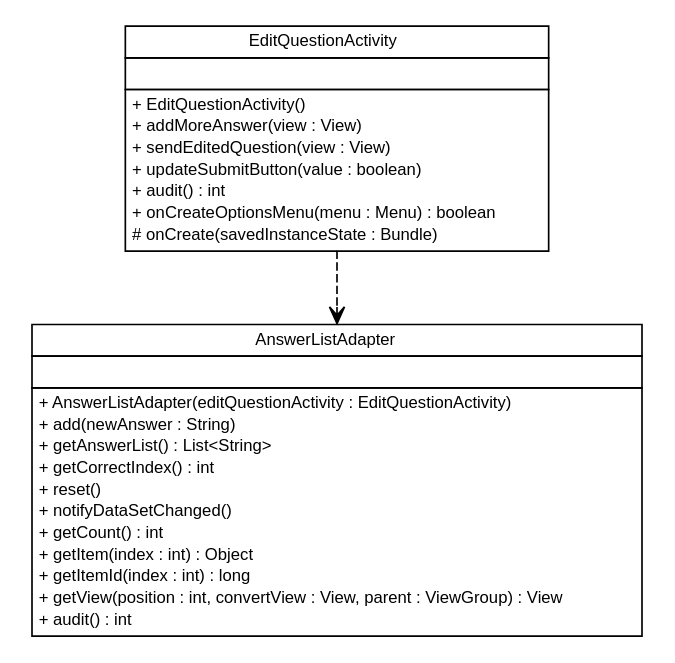
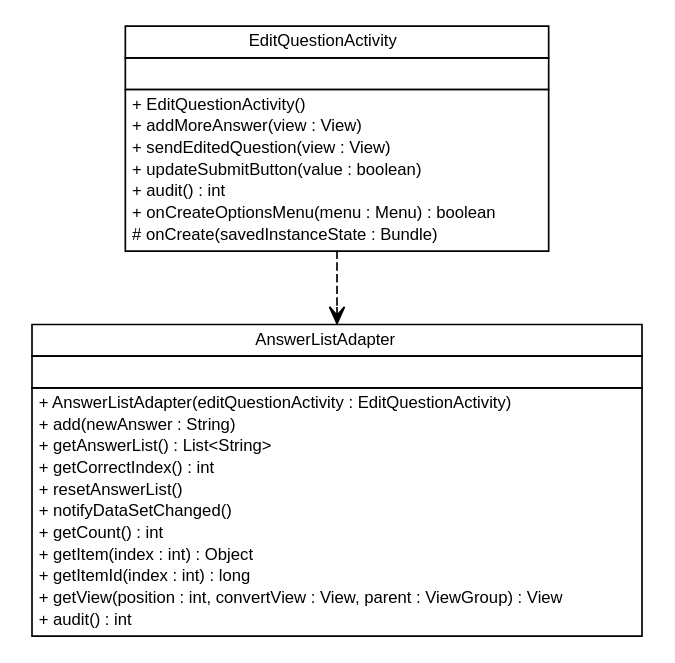
Before and after one commit to SidneyBovet/sweng-2013-quizapp: the diagram in SwEng2013QuizApp/reports/epfl/sweng/editquestions/epfl.sweng.editquestions.dot, drawn with Graphviz. The commit also changed 125 other files, not shown here.

```diff
--- a/SwEng2013QuizApp/reports/epfl/sweng/editquestions/epfl.sweng.editquestions.dot
+++ b/SwEng2013QuizApp/reports/epfl/sweng/editquestions/epfl.sweng.editquestions.dot
@@ -1,54 +1,54 @@
 #!/usr/local/bin/dot
 #
 # Class diagram 
 # Generated by UMLGraph version R5_6_6-1-g9240c4 (http://www.umlgraph.org/)
 #
 
 digraph G {
 	edge [fontname="Helvetica",fontsize=10,labelfontname="Helvetica",labelfontsize=10];
 	node [fontname="Helvetica",fontsize=10,shape=plaintext];
 	nodesep=0.25;
 	ranksep=0.5;
 	// epfl.sweng.editquestions.EditQuestionActivity
-	c26 [label=<<table title="epfl.sweng.editquestions.EditQuestionActivity" border="0" cellborder="1" cellspacing="0" cellpadding="2" port="p" href="./EditQuestionActivity.html">
+	c24 [label=<<table title="epfl.sweng.editquestions.EditQuestionActivity" border="0" cellborder="1" cellspacing="0" cellpadding="2" port="p" href="./EditQuestionActivity.html">
 		<tr><td><table border="0" cellspacing="0" cellpadding="1">
 <tr><td align="center" balign="center"> EditQuestionActivity </td></tr>
 		</table></td></tr>
 		<tr><td><table border="0" cellspacing="0" cellpadding="1">
 <tr><td align="left" balign="left">  </td></tr>
 		</table></td></tr>
 		<tr><td><table border="0" cellspacing="0" cellpadding="1">
 <tr><td align="left" balign="left"> + EditQuestionActivity() </td></tr>
 <tr><td align="left" balign="left"> + addMoreAnswer(view : View) </td></tr>
 <tr><td align="left" balign="left"> + sendEditedQuestion(view : View) </td></tr>
 <tr><td align="left" balign="left"> + updateSubmitButton(value : boolean) </td></tr>
 <tr><td align="left" balign="left"> + audit() : int </td></tr>
 <tr><td align="left" balign="left"> + onCreateOptionsMenu(menu : Menu) : boolean </td></tr>
 <tr><td align="left" balign="left"> # onCreate(savedInstanceState : Bundle) </td></tr>
 		</table></td></tr>
 		</table>>, URL="./EditQuestionActivity.html", fontname="Helvetica", fontcolor="black", fontsize=10.0];
 	// epfl.sweng.editquestions.EditQuestionActivity DEPEND epfl.sweng.editquestions.AnswerListAdapter
-	c26:p -> c48:p [taillabel="", label="", headlabel="", fontname="Helvetica", fontcolor="black", fontsize=10.0, color="black", arrowhead=open, style=dashed];
+	c24:p -> c46:p [taillabel="", label="", headlabel="", fontname="Helvetica", fontcolor="black", fontsize=10.0, color="black", arrowhead=open, style=dashed];
 	// epfl.sweng.editquestions.AnswerListAdapter
-	c48 [label=<<table title="epfl.sweng.editquestions.AnswerListAdapter" border="0" cellborder="1" cellspacing="0" cellpadding="2" port="p" href="http://java.sun.com/j2se/1.4.2/docs/api/epfl/sweng/editquestions/AnswerListAdapter.html">
+	c46 [label=<<table title="epfl.sweng.editquestions.AnswerListAdapter" border="0" cellborder="1" cellspacing="0" cellpadding="2" port="p" href="http://java.sun.com/j2se/1.4.2/docs/api/epfl/sweng/editquestions/AnswerListAdapter.html">
 		<tr><td><table border="0" cellspacing="0" cellpadding="1">
 <tr><td align="center" balign="center"> AnswerListAdapter </td></tr>
 		</table></td></tr>
 		<tr><td><table border="0" cellspacing="0" cellpadding="1">
 <tr><td align="left" balign="left">  </td></tr>
 		</table></td></tr>
 		<tr><td><table border="0" cellspacing="0" cellpadding="1">
 <tr><td align="left" balign="left"> + AnswerListAdapter(editQuestionActivity : EditQuestionActivity) </td></tr>
 <tr><td align="left" balign="left"> + add(newAnswer : String) </td></tr>
 <tr><td align="left" balign="left"> + getAnswerList() : List&lt;String&gt; </td></tr>
 <tr><td align="left" balign="left"> + getCorrectIndex() : int </td></tr>
-<tr><td align="left" balign="left"> + reset() </td></tr>
+<tr><td align="left" balign="left"> + resetAnswerList() </td></tr>
 <tr><td align="left" balign="left"> + notifyDataSetChanged() </td></tr>
 <tr><td align="left" balign="left"> + getCount() : int </td></tr>
 <tr><td align="left" balign="left"> + getItem(index : int) : Object </td></tr>
 <tr><td align="left" balign="left"> + getItemId(index : int) : long </td></tr>
 <tr><td align="left" balign="left"> + getView(position : int, convertView : View, parent : ViewGroup) : View </td></tr>
 <tr><td align="left" balign="left"> + audit() : int </td></tr>
 		</table></td></tr>
 		</table>>, URL="http://java.sun.com/j2se/1.4.2/docs/api/epfl/sweng/editquestions/AnswerListAdapter.html", fontname="Helvetica", fontcolor="black", fontsize=10.0];
 }
```
